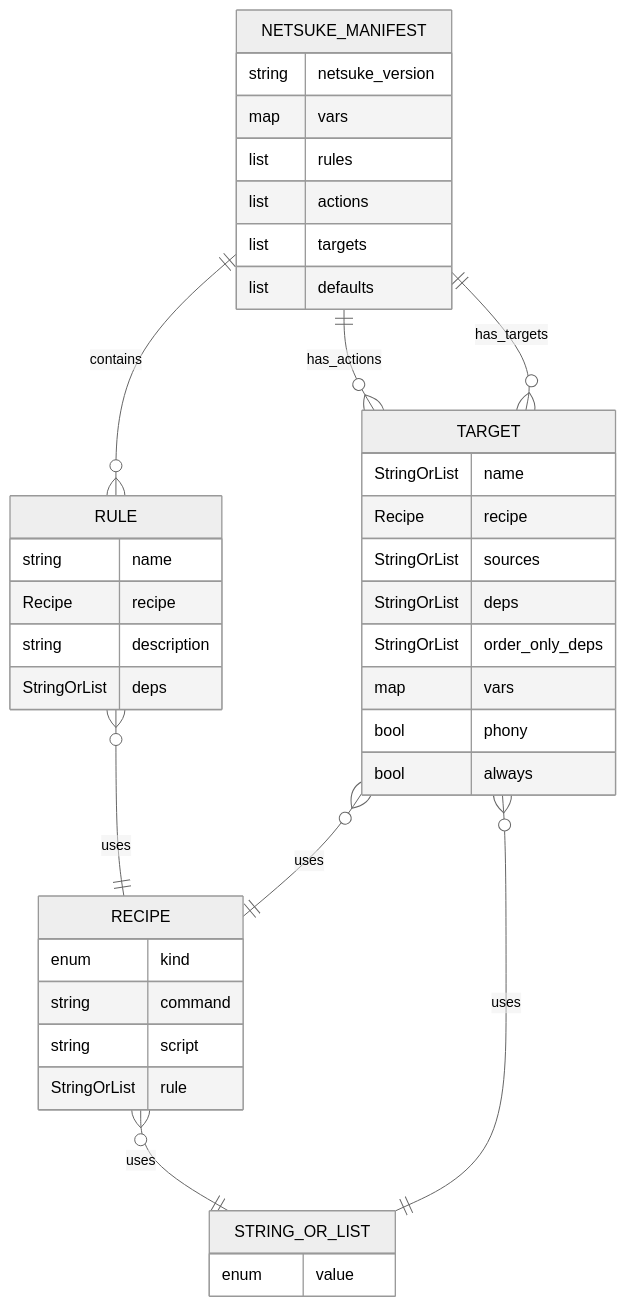
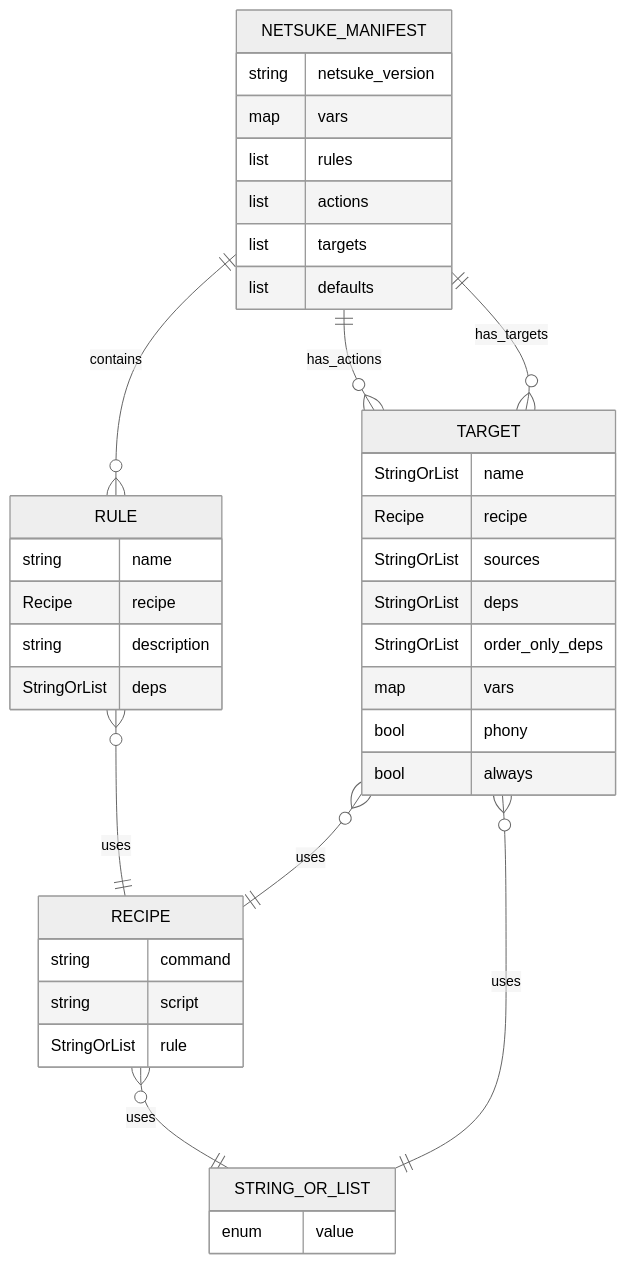
The second of 3 diagrams in docs/netsuke-design.md (leynos/netsuke), drawn with Mermaid (neutral theme) before and after one commit. The commit also changed other lines of this file and 19 other files, not shown here.

````diff
--- a/docs/netsuke-design.md
+++ b/docs/netsuke-design.md
@@ -190,43 +190,42 @@
 ```mermaid
 erDiagram
     NETSUKE_MANIFEST {
         string netsuke_version
         map vars
         list rules
         list actions
         list targets
         list defaults
     }
     RULE {
         string name
         Recipe recipe
         string description
         StringOrList deps
     }
     TARGET {
         StringOrList name
         Recipe recipe
         StringOrList sources
         StringOrList deps
         StringOrList order_only_deps
         map vars
         bool phony
         bool always
     }
     RECIPE {
-        enum kind
         string command
         string script
         StringOrList rule
     }
     STRING_OR_LIST {
         enum value
     }
     NETSUKE_MANIFEST ||--o{ RULE : contains
     NETSUKE_MANIFEST ||--o{ TARGET : has_actions
     NETSUKE_MANIFEST ||--o{ TARGET : has_targets
     RULE }o--|| RECIPE : uses
     TARGET }o--|| RECIPE : uses
     TARGET }o--|| STRING_OR_LIST : uses
     RECIPE }o--|| STRING_OR_LIST : uses
 ```
````
